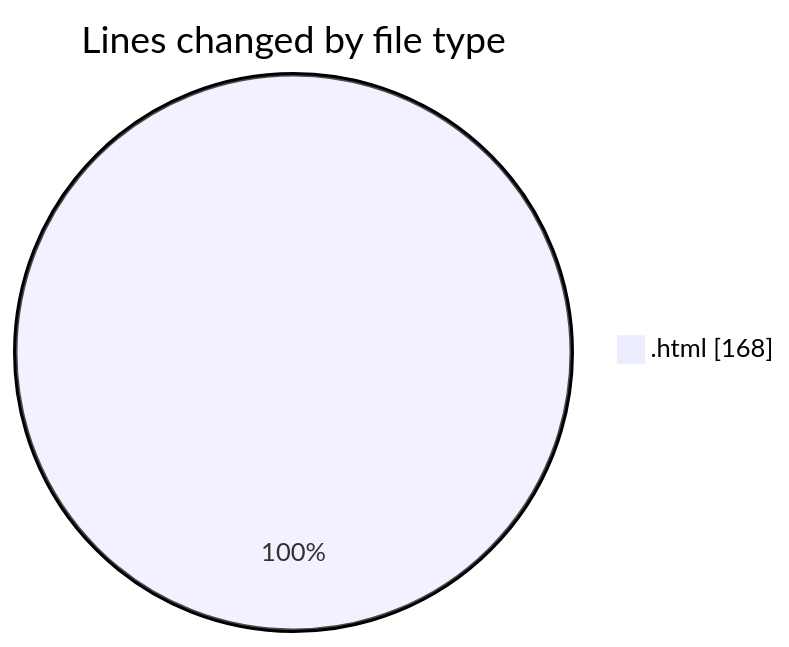
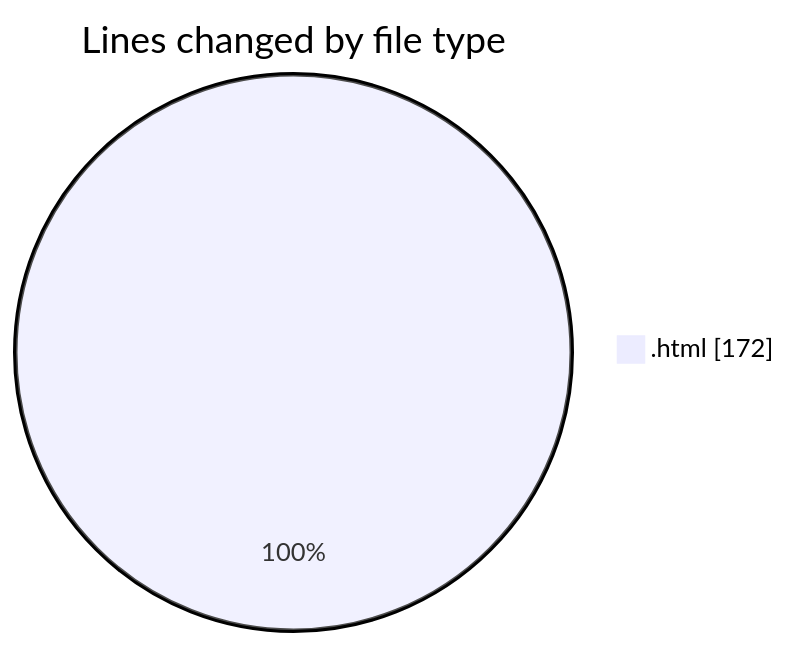
One commit to becaeroporto-bot/code-tracking changed the first of 2 diagrams in 2026-02-19/bot_v1_2/README.md. Above: the diagram before and after it, drawn with Mermaid. The commit also changed other lines of this file and 1 other file, not shown here.

````diff
--- a/2026-02-19/bot_v1_2/README.md
+++ b/2026-02-19/bot_v1_2/README.md
@@ -23,5 +23,5 @@
 ```mermaid
 pie showData
 title Lines changed by file type
-".html" : 168
+".html" : 172
 ```
````
